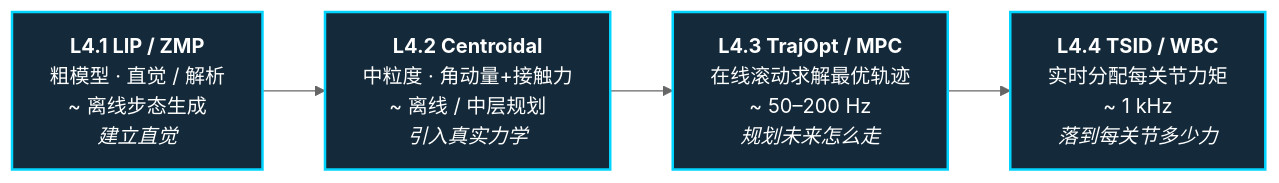
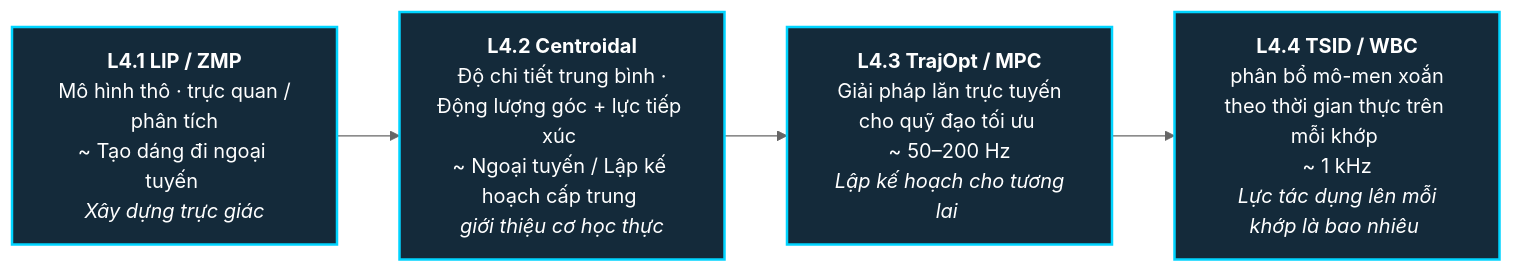
One commit to ledinhtuyen/Robotics_Notebooks changed diagram 11 of 33 in roadmap/motion-control.md. Above: the diagram before and after it, drawn with Mermaid (neutral theme). The commit also changed other lines of this file, not shown here.

Commit message:
docs(roadmap): 完成 motion-control 全文越南语翻译

````diff
--- a/roadmap/motion-control.md
+++ b/roadmap/motion-control.md
@@ -741,12 +750,12 @@
 ```mermaid
 flowchart LR
-  L41["<b>L4.1 LIP / ZMP</b><br/>粗模型 · 直觉 / 解析<br/>~ 离线步态生成<br/><em>建立直觉</em>"]
-  L42["<b>L4.2 Centroidal</b><br/>中粒度 · 角动量+接触力<br/>~ 离线 / 中层规划<br/><em>引入真实力学</em>"]
-  L43["<b>L4.3 TrajOpt / MPC</b><br/>在线滚动求解最优轨迹<br/>~ 50–200 Hz<br/><em>规划未来怎么走</em>"]
-  L44["<b>L4.4 TSID / WBC</b><br/>实时分配每关节力矩<br/>~ 1 kHz<br/><em>落到每关节多少力</em>"]
+  L41["<b>L4.1 LIP / ZMP</b><br/> Mô hình thô · trực quan / phân tích<br/>~ Tạo dáng đi ngoại tuyến <br/><em> Xây dựng trực giác </em>"]
+  L42["<b>L4.2 Centroidal</b><br/> Độ chi tiết trung bình · Động lượng góc + lực tiếp xúc <br/>~ Ngoại tuyến / Lập kế hoạch cấp trung <br/><em> giới thiệu cơ học thực </em>"]
+  L43["<b>L4.3 TrajOpt / MPC</b><br/> Giải pháp lăn trực tuyến cho quỹ đạo tối ưu <br/>~ 50–200 Hz<br/><em> Lập kế hoạch cho tương lai </em>"]
+  L44["<b>L4.4 TSID / WBC</b><br/> phân bổ mô-men xoắn theo thời gian thực trên mỗi khớp <br/>~ 1 kHz<br/><em> Lực tác dụng lên mỗi khớp là bao nhiêu </em>"]
 
   L41 --> L42 --> L43 --> L44
 
   classDef stage fill:#142a3a,stroke:#00d4ff,stroke-width:2px,color:#fff
   class L41,L42,L43,L44 stage
 ```
````
